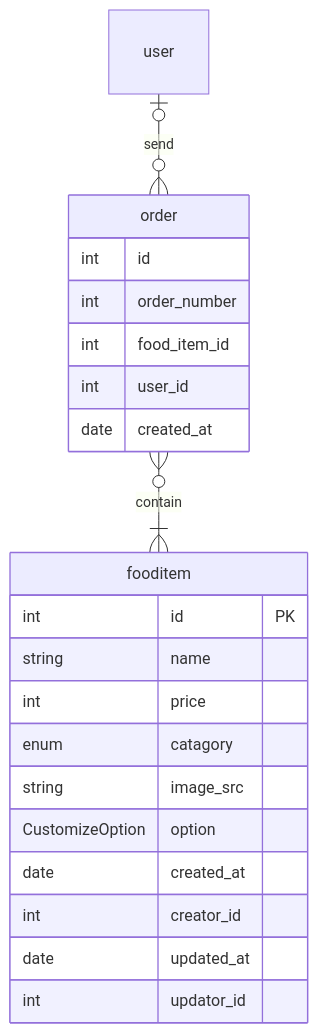
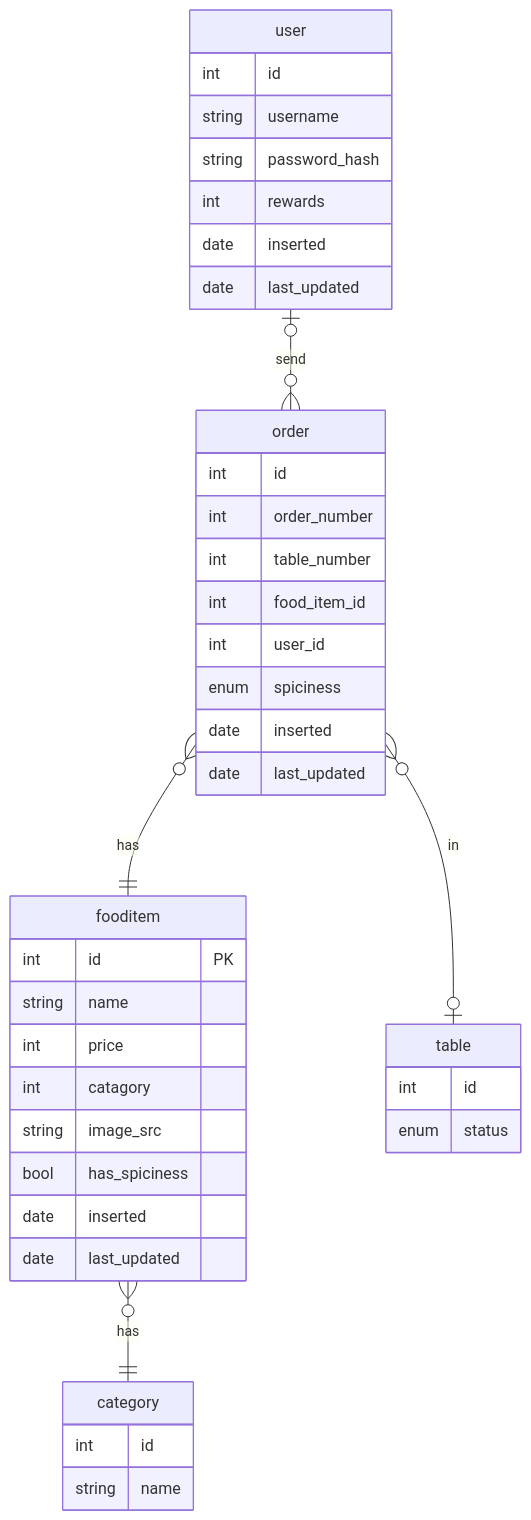
One commit to cheese736/fungoodMVC changed the diagram in ERD.md. Above: the diagram before and after it, drawn with Mermaid. The commit also changed 27 other files, not shown here.

```diff
--- a/ERD.md
+++ b/ERD.md
@@ -1,30 +1,52 @@
 ::: mermaid
 
 erDiagram
     user |o--o{ order : send
-    order }o --|{ fooditem : contain
+    order }o -- || fooditem : has
+    order }o -- o| table : in
+    fooditem }o--||category : has
+
+
+user {
+  int id
+  string username
+  string password_hash
+  int rewards
+  date inserted
+  date last_updated
+}
 
 order {
   int id
   int order_number
+  int table_number
   int food_item_id
   int user_id
-  date created_at
+  enum spiciness
+  date inserted
+  date last_updated
 }
 
 fooditem {
   int id PK
   string name
   int price
-  enum catagory
+  int catagory
   string image_src
-  CustomizeOption option
-  date created_at
-  int creator_id
-  date updated_at
-  int updator_id
+  bool has_spiciness
+  date inserted
+  date last_updated
+}
+
+table {
+  int id
+  enum status
+}
+
+category {
+  int id
+  string name
 }
 
 
-
 :::
```
